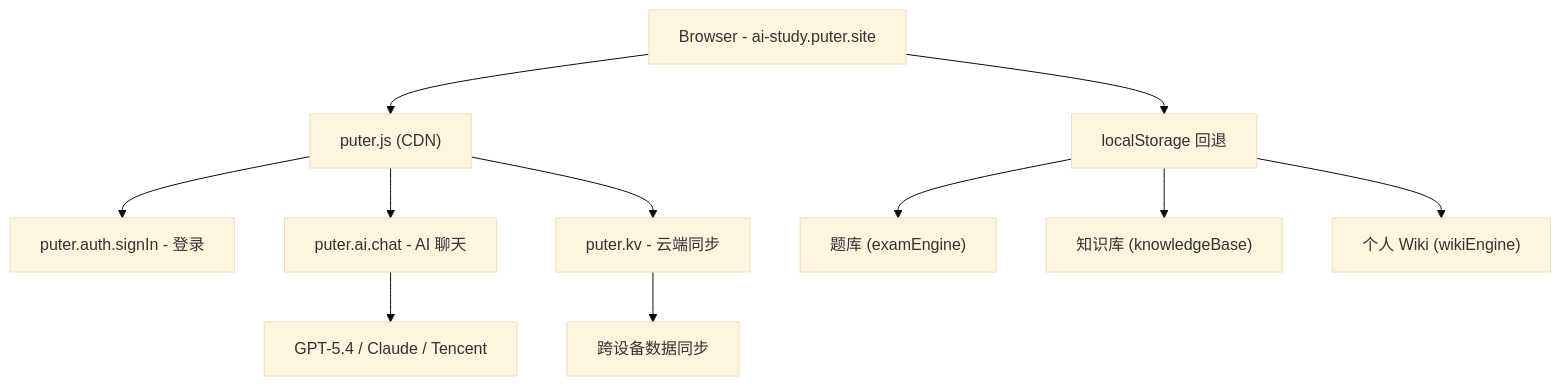
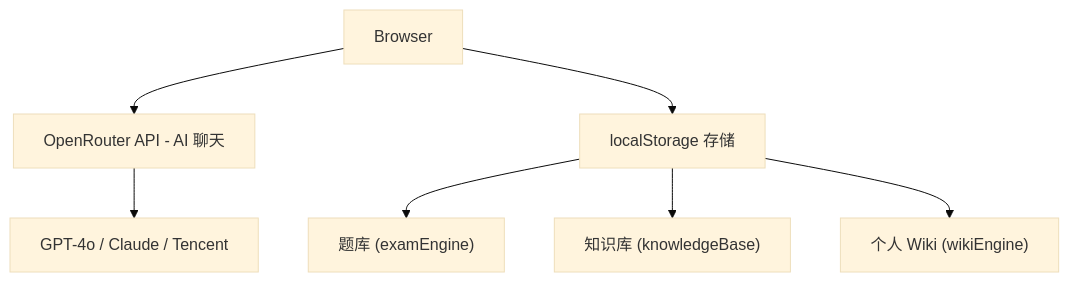
Before and after one commit to liuxxxxxxxx07/AiStudy: the diagram in TECH_DOC.md, drawn with Mermaid (base theme). The commit also changed other lines of this file and 27 other files, not shown here.

````diff
--- a/TECH_DOC.md
+++ b/TECH_DOC.md
@@ -7,14 +7,10 @@
 ```mermaid
 flowchart TD
-  Browser[Browser - ai-study.puter.site]
-  Browser --> CDN["puter.js (CDN)"]
-  CDN --> Auth["puter.auth.signIn - 登录"]
-  CDN --> AI["puter.ai.chat - AI 聊天"]
-  CDN --> KV["puter.kv - 云端同步"]
-  Browser --> LocalST["localStorage 回退"]
+  Browser[Browser]
+  Browser --> API["OpenRouter API - AI 聊天"]
+  Browser --> LocalST["localStorage 存储"]
   LocalST --> QBank["题库 (examEngine)"]
   LocalST --> KB["知识库 (knowledgeBase)"]
   LocalST --> Wiki["个人 Wiki (wikiEngine)"]
-  KV --> CloudSync["跨设备数据同步"]
-  AI --> Models["GPT-5.4 / Claude / Tencent"]
+  API --> Models["GPT-4o / Claude / Tencent"]
 ```
````
